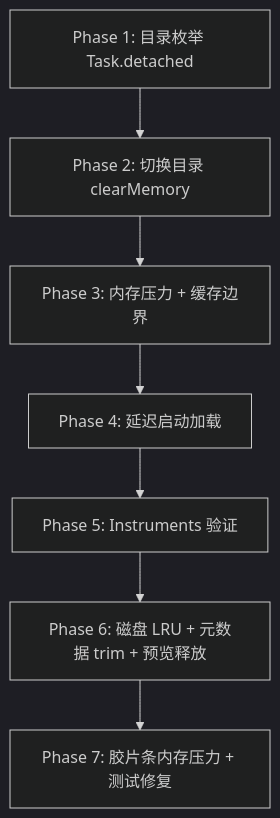
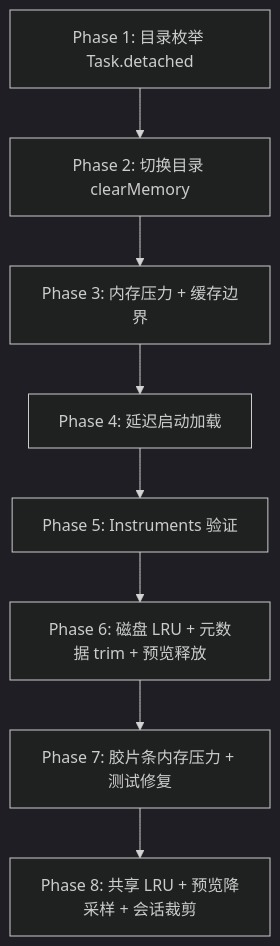
One commit to meetrize/macquickfinder changed the diagram in docs/performance-optimization.md. Above: the diagram before and after it, drawn with Mermaid (dark theme). The commit also changed other lines of this file and 29 other files, not shown here.

````diff
--- a/docs/performance-optimization.md
+++ b/docs/performance-optimization.md
@@ -104,9 +122,10 @@
 ```mermaid
 flowchart TD
     A[Phase 1: 目录枚举 Task.detached] --> B[Phase 2: 切换目录 clearMemory]
     B --> C[Phase 3: 内存压力 + 缓存边界]
     C --> D[Phase 4: 延迟启动加载]
     D --> E[Phase 5: Instruments 验证]
     E --> F[Phase 6: 磁盘 LRU + 元数据 trim + 预览释放]
     F --> G[Phase 7: 胶片条内存压力 + 测试修复]
+    G --> H[Phase 8: 共享 LRU + 预览降采样 + 会话裁剪]
 ```
````
